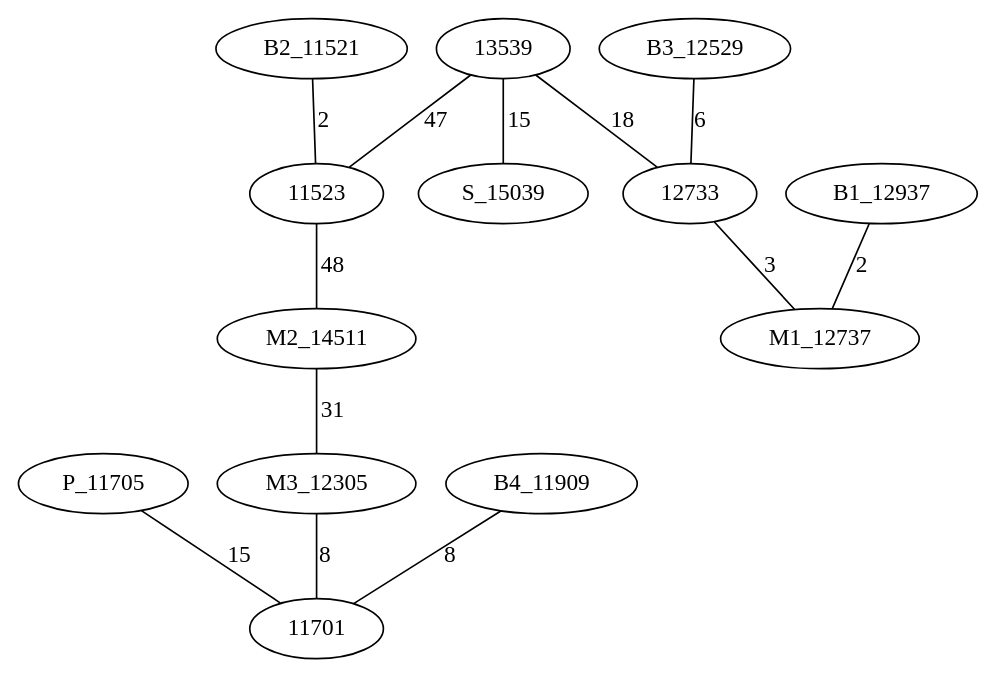
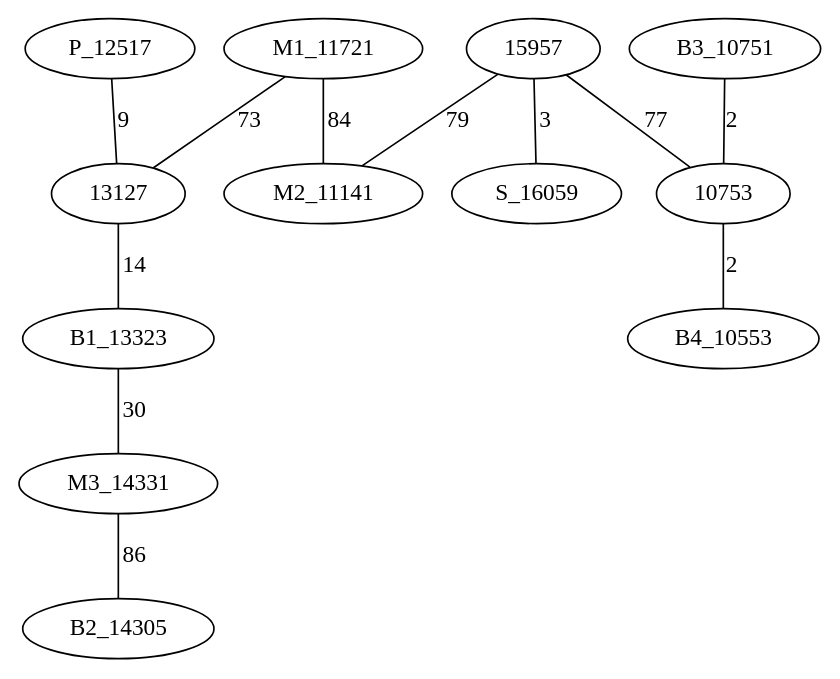
Before and after one commit to AsmNoob/Labyrinthe: the diagram in Graph.dot, drawn with Graphviz. The commit also changed 8 other files, not shown here.

Commit message:
[DIJKSTRA] YEAH MTHFK ca fonctionne Faut teste sur de bon graph bien complexe

```diff
--- a/Graph.dot
+++ b/Graph.dot
@@ -1,16 +1,15 @@
 graph chemin {
 
-	P_11705 -- 11701 [label=15]
-	13539 -- S_15039 [label=15]
-	13539 -- 12733 [label=18]
-	13539 -- 11523 [label=47]
-	B1_12937 -- M1_12737 [label=2]
-	B2_11521 -- 11523 [label=2]
-	11523 -- M2_14511 [label=48]
-	M2_14511 -- M3_12305 [label=31]
-	B3_12529 -- 12733 [label=6]
-	B4_11909 -- 11701 [label=8]
-	M3_12305 -- 11701 [label=8]
-	12733 -- M1_12737 [label=3]
+	P_12517 -- 13127 [label=9]
+	M1_11721 -- M2_11141 [label=84]
+	M1_11721 -- 13127 [label=73]
+	15957 -- M2_11141 [label=79]
+	15957 -- S_16059 [label=3]
+	15957 -- 10753 [label=77]
+	13127 -- B1_13323 [label=14]
+	B1_13323 -- M3_14331 [label=30]
+	M3_14331 -- B2_14305 [label=86]
+	B3_10751 -- 10753 [label=2]
+	10753 -- B4_10553 [label=2]
 
 }
```
